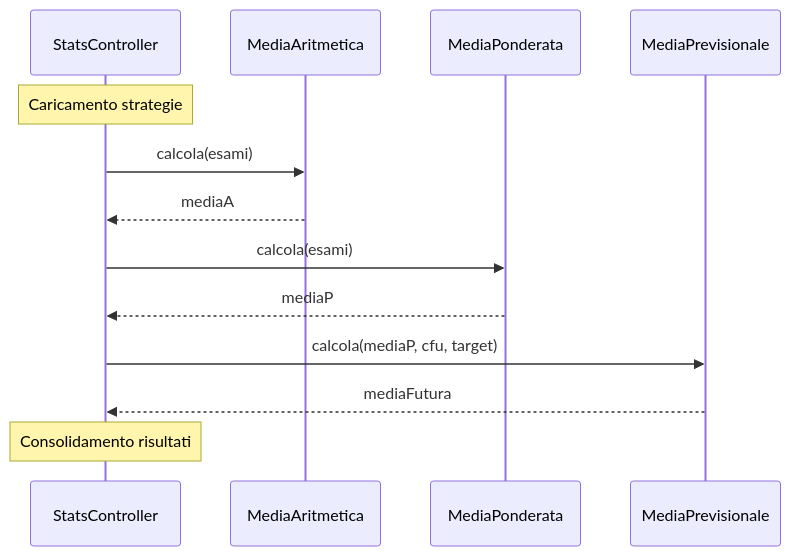
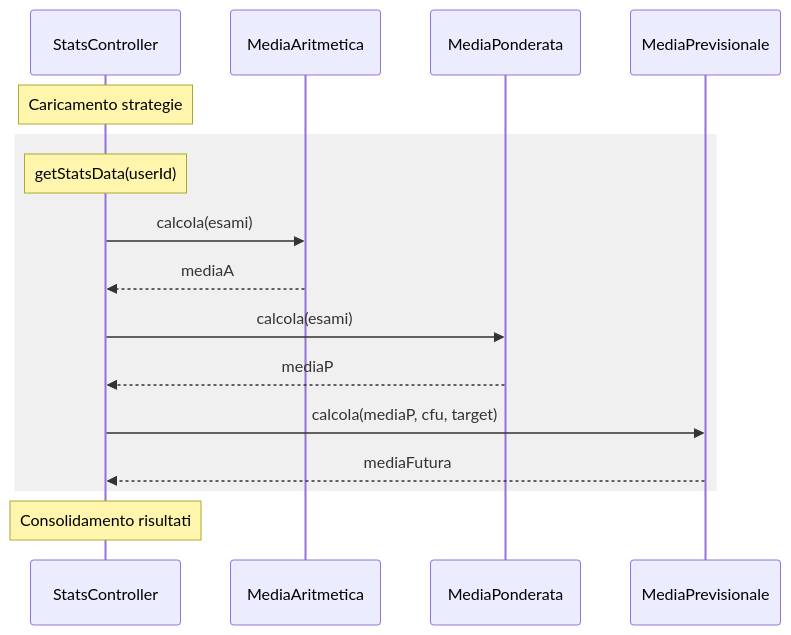
One commit to frankelfokou/Gestione-esami-universitari changed the third of 16 diagrams in README.md. Above: the diagram before and after it, drawn with Mermaid. The commit also changed other lines of this file and 1 other file, not shown here.

Commit message:
Compatibilità interfaccia ResponseData del router

````diff
--- a/README.md
+++ b/README.md
@@ -580,16 +376,19 @@
 ```mermaid
 sequenceDiagram
     participant S as StatsController
     participant MA as MediaAritmetica
     participant MP as MediaPonderata
     participant PREV as MediaPrevisionale
   
     Note over S: Caricamento strategie
+    rect rgb(240, 240, 240)
+    Note over S: getStatsData(userId)
     S->>MA: calcola(esami)
     MA-->>S: mediaA
     S->>MP: calcola(esami)
     MP-->>S: mediaP
     S->>PREV: calcola(mediaP, cfu, target)
     PREV-->>S: mediaFutura
+    end
     Note over S: Consolidamento risultati
 ```
````
